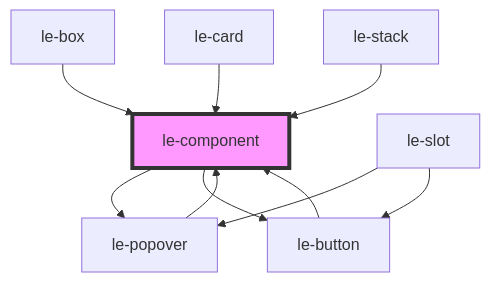
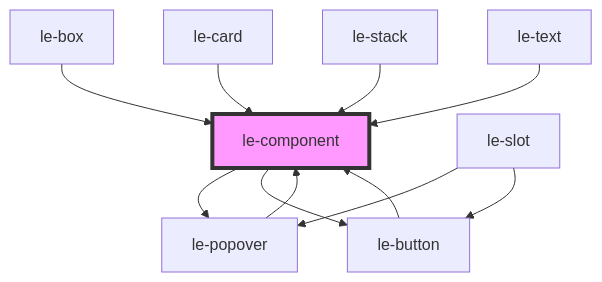
The diagram in src/components/le-component/readme.md (leechy/le-kit), drawn with Mermaid before and after one commit. The commit also changed other lines of this file and 11 other files, not shown here.

First line of the commit message:
feat(le-text): add rich text component with Notion-like editor

````diff
--- a/src/components/le-component/readme.md
+++ b/src/components/le-component/readme.md
@@ -65,13 +66,14 @@
 ```mermaid
 graph TD;
   le-component --> le-popover
   le-component --> le-button
   le-popover --> le-component
   le-button --> le-component
   le-slot --> le-popover
   le-slot --> le-button
   le-box --> le-component
   le-card --> le-component
   le-stack --> le-component
+  le-text --> le-component
   style le-component fill:#f9f,stroke:#333,stroke-width:4px
 ```
````
